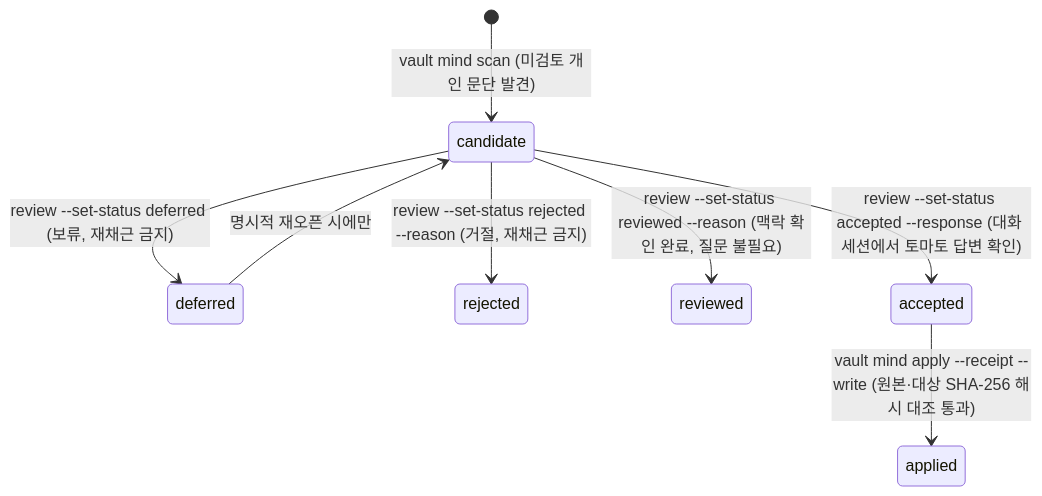
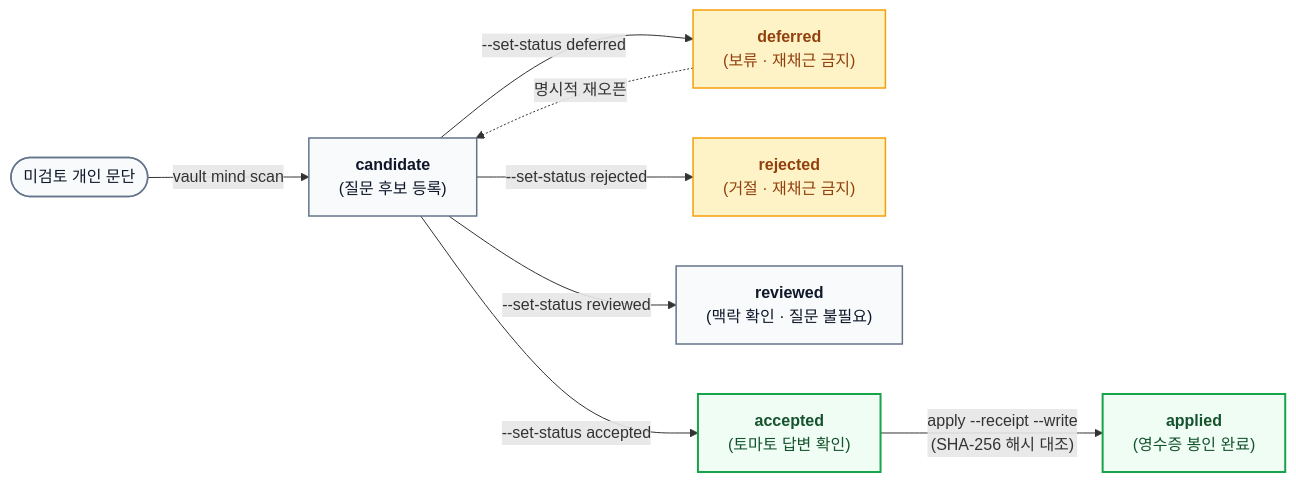
One commit to tomato-vault/tomato-vault.github.io changed the diagram in _deep_dives/ontology-engineering/vault-knowledge-compiler.md. Above: the diagram before and after it, drawn with Mermaid. The commit also changed other lines of this file and 42 other files, not shown here.

````diff
--- a/_deep_dives/ontology-engineering/vault-knowledge-compiler.md
+++ b/_deep_dives/ontology-engineering/vault-knowledge-compiler.md
@@ -327,10 +327,17 @@
 ```mermaid
-stateDiagram-v2
-    [*] --> candidate : vault mind scan (미검토 개인 문단 발견)
-    candidate --> deferred : review --set-status deferred (보류, 재채근 금지)
-    candidate --> rejected : review --set-status rejected --reason (거절, 재채근 금지)
-    candidate --> reviewed : review --set-status reviewed --reason (맥락 확인 완료, 질문 불필요)
-    candidate --> accepted : review --set-status accepted --response (대화 세션에서 토마토 답변 확인)
-    deferred --> candidate : 명시적 재오픈 시에만
-    accepted --> applied : vault mind apply --receipt --write (원본·대상 SHA-256 해시 대조 통과)
+flowchart LR
+    START(["미검토 개인 문단"]) -->|"vault mind scan"| CAND["<b>candidate</b><br/>(질문 후보 등록)"]
+    CAND -->|"--set-status deferred"| DEF["<b>deferred</b><br/>(보류 · 재채근 금지)"]
+    DEF -.->|"명시적 재오픈"| CAND
+    CAND -->|"--set-status rejected"| REJ["<b>rejected</b><br/>(거절 · 재채근 금지)"]
+    CAND -->|"--set-status reviewed"| REV["<b>reviewed</b><br/>(맥락 확인 · 질문 불필요)"]
+    CAND -->|"--set-status accepted"| ACC["<b>accepted</b><br/>(토마토 답변 확인)"]
+    ACC -->|"apply --receipt --write<br/>(SHA-256 해시 대조)"| APP["<b>applied</b><br/>(영수증 봉인 완료)"]
+
+    classDef base fill:#f8fafc,stroke:#64748b,stroke-width:1.5px,color:#0f172a
+    classDef warn fill:#fef3c7,stroke:#f59e0b,stroke-width:1.5px,color:#92400e
+    classDef done fill:#f0fdf4,stroke:#16a34a,stroke-width:2px,color:#14532d
+    class START,CAND,REV base
+    class DEF,REJ warn
+    class ACC,APP done
 ```
````
